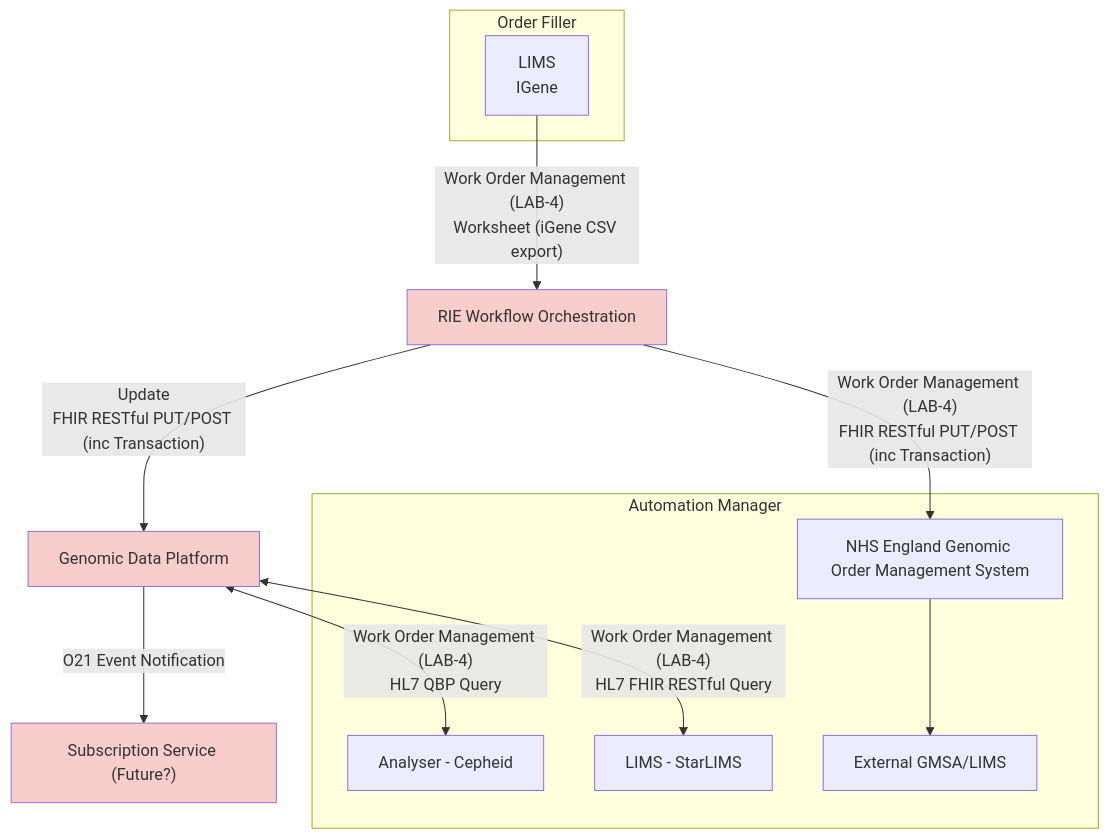
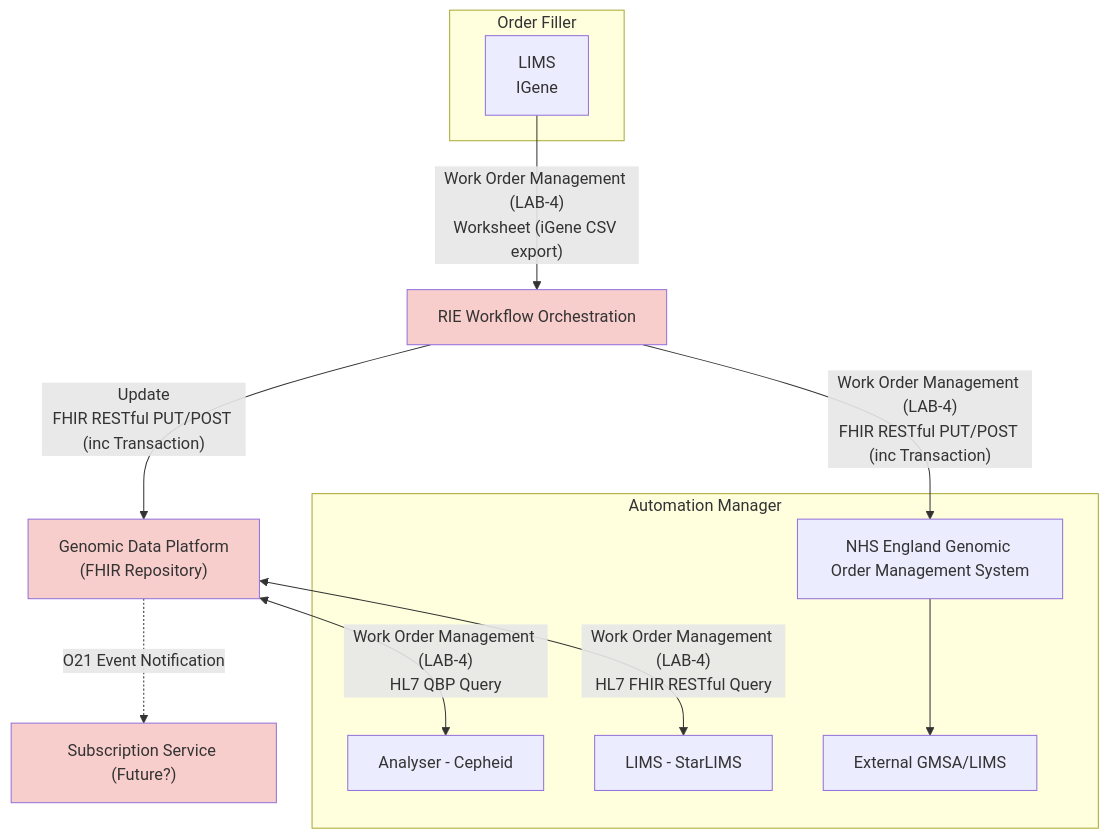
Diagram 14 of 15 in input/pagecontent/LTW.md (nw-gmsa/nw-gmsa.github.com), drawn with Mermaid before and after one commit. The commit also changed other lines of this file, not shown here.

````diff
--- a/input/pagecontent/LTW.md
+++ b/input/pagecontent/LTW.md
@@ -567,33 +567,33 @@
 ```mermaid
 graph TD
 
 subgraph GenomicLIMS["Order Filler"];
     iGene[LIMS<br/>IGene]
 end
 
 RIE4["RIE Workflow Orchestration"]
 
 subgraph OrderFiller["Automation Manager"];
     Cepheid[Analyser - Cepheid]
     StarLIMS[LIMS - StarLIMS]
     GOMS["NHS England Genomic Order Management System"] 
     ExtLIMS[External GMSA/LIMS]
 end 
 
-GDP["Genomic Data Platform"]
+GDP["Genomic Data Platform<br/>(FHIR Repository)"]
 PubSub["Subscription Service (Future?)"]
 
 RIE4 --> |"Update<br/>FHIR RESTful PUT/POST (inc Transaction)"| GDP
-GDP --> |O21 Event Notification| PubSub
+GDP -.-> |O21 Event Notification| PubSub
 
 iGene --> |"Work Order Management (LAB-4)<br/>Worksheet (iGene CSV export)"| RIE4
 GDP <--> |"Work Order Management (LAB-4)<br/>HL7 QBP Query"| Cepheid
 GDP <--> |"Work Order Management (LAB-4)<br/>HL7 FHIR RESTful Query"| StarLIMS
 RIE4 --> |"Work Order Management (LAB-4)<br/>FHIR RESTful PUT/POST (inc Transaction)"| GOMS
 GOMS --> ExtLIMS
 
 classDef purple fill:#E1D5E7;
 classDef pink fill:#F8CECC;
 
 class GDP,RIE4,PubSub,VCFFHIR pink;
 ```
````
